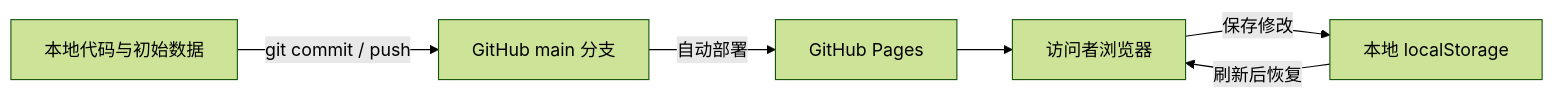
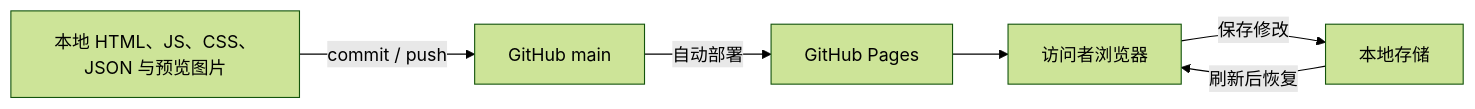
The diagram in docs/maintenance.md (zouyu8377-coder/urban-content-demo), drawn with Mermaid (forest theme) before and after one commit. The commit also changed other lines of this file and 48 other files, not shown here.

````diff
--- a/docs/maintenance.md
+++ b/docs/maintenance.md
@@ -18,8 +19,8 @@
 ```mermaid
 flowchart LR
-    A[本地代码与初始数据] -->|git commit / push| B[GitHub main 分支]
+    A[本地 HTML、JS、CSS、JSON 与预览图片] -->|commit / push| B[GitHub main]
     B -->|自动部署| C[GitHub Pages]
     C --> D[访问者浏览器]
-    D -->|保存修改| E[本地 localStorage]
+    D -->|保存修改| E[本地存储]
     E -->|刷新后恢复| D
 ```
````
